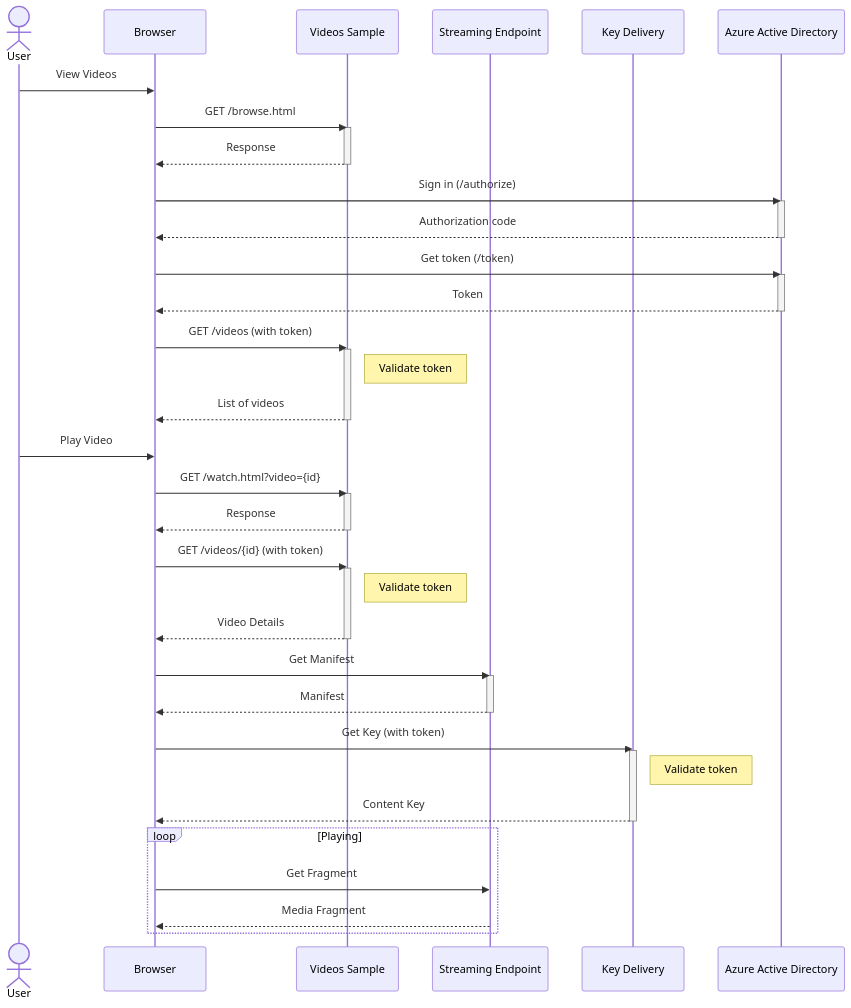
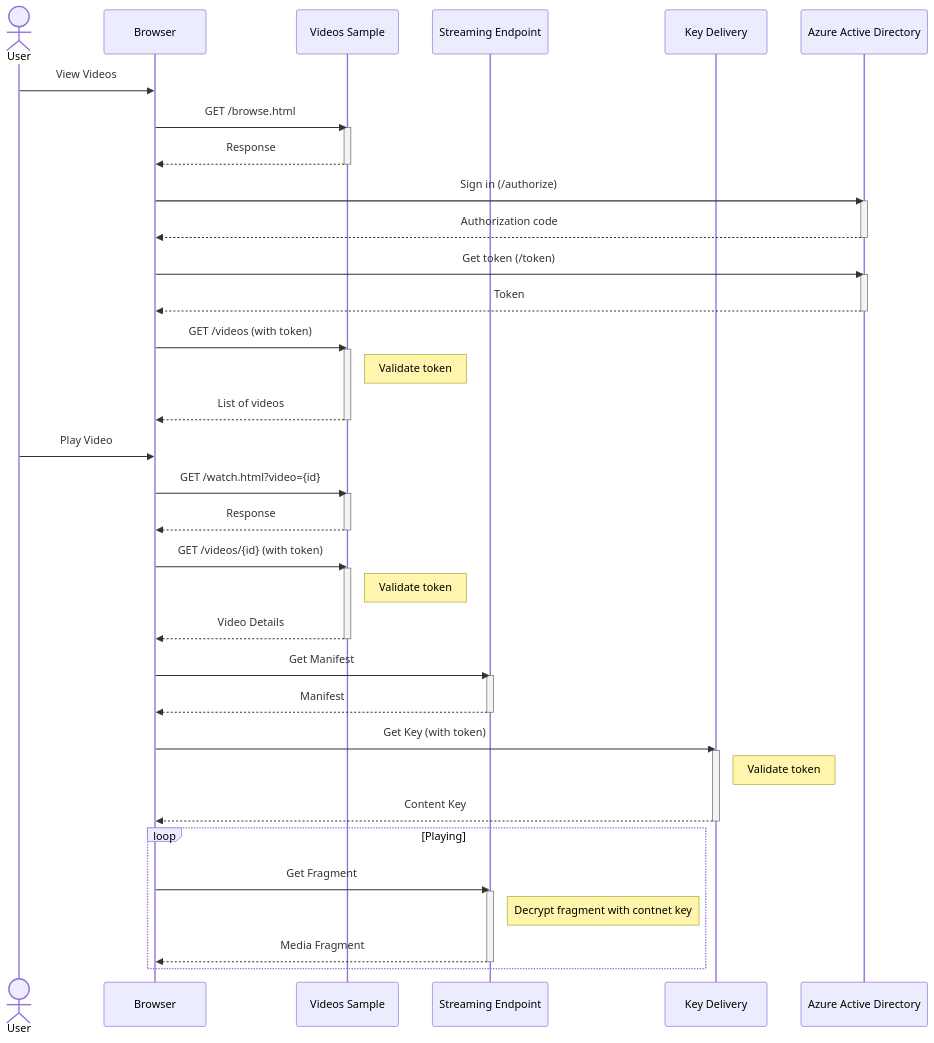
The diagram in 2-VideosSample-BasicAuth/README.md (Azure-Samples/media-services-v3-dotnet-webapp), drawn with Mermaid before and after one commit. The commit also changed 1 other file, not shown here.

Commit message:
Fixing diagrams

````diff
--- a/2-VideosSample-BasicAuth/README.md
+++ b/2-VideosSample-BasicAuth/README.md
@@ -158,61 +158,64 @@
 ```mermaid
 sequenceDiagram
 actor User
 participant Browser
 participant Videos Sample
 participant Streaming Endpoint
 participant Key Delivery
 participant Azure Active Directory
 
 User->>Browser: View Videos
 
 Browser->>Videos Sample: GET /browse.html
 activate Videos Sample
 Videos Sample-->>Browser: Response
 deactivate Videos Sample
 
 Browser->>Azure Active Directory: Sign in (/authorize)
 activate Azure Active Directory
 Azure Active Directory-->>Browser: Authorization code
 deactivate Azure Active Directory
 
 Browser->>Azure Active Directory: Get token (/token)
 activate Azure Active Directory
 Azure Active Directory-->>Browser: Token
 deactivate Azure Active Directory
 
 Browser->>Videos Sample: GET /videos (with token)
 activate Videos Sample
 note right of Videos Sample: Validate token
 Videos Sample-->>Browser: List of videos
 deactivate Videos Sample
 
 User->>Browser: Play Video
 
 Browser->>Videos Sample: GET /watch.html?video={id}
 activate Videos Sample
 Videos Sample-->>Browser: Response
 deactivate Videos Sample
 
 Browser->>Videos Sample: GET /videos/{id} (with token)
 activate Videos Sample
 note right of Videos Sample: Validate token
 Videos Sample-->>Browser: Video Details
 deactivate Videos Sample
 
 Browser->>Streaming Endpoint: Get Manifest
 activate Streaming Endpoint
 Streaming Endpoint-->>Browser: Manifest
 deactivate Streaming Endpoint
 
 Browser->>Key Delivery: Get Key (with token)
 activate Key Delivery
 note right of Key Delivery: Validate token
 Key Delivery-->>Browser: Content Key
 deactivate Key Delivery
 
 loop Playing
     Browser->>Streaming Endpoint: Get Fragment
+    activate Streaming Endpoint
+    note right of Streaming Endpoint: Decrypt fragment with contnet key
     Streaming Endpoint-->>Browser: Media Fragment
+    deactivate Streaming Endpoint
 end
 ```
````
